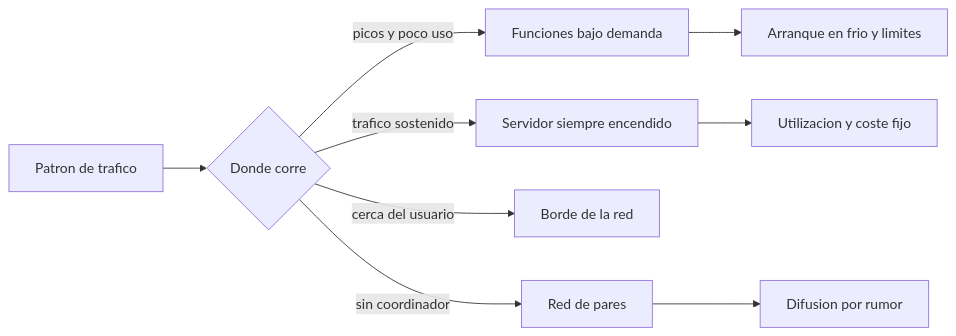
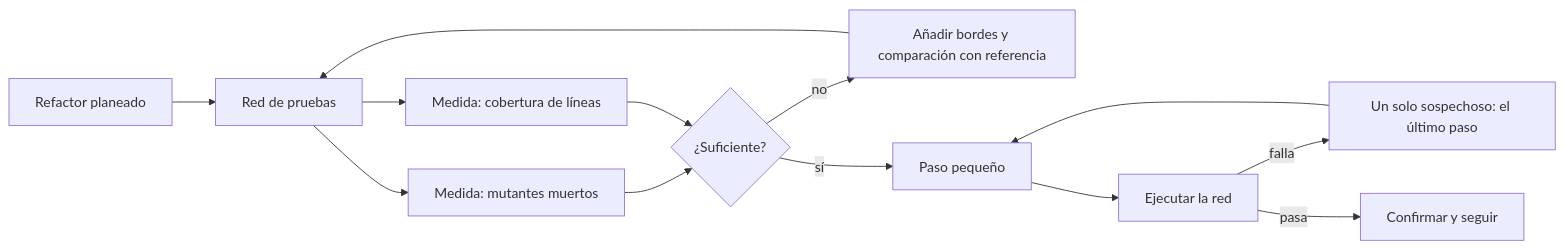
One commit to vladimiracunadev-create/modern-software-engineering-program changed the diagram in content/part-25/SE-307.md. Above: the diagram before and after it, drawn with Mermaid. The commit also changed other lines of this file and 5193 other files, not shown here.

````diff
--- a/content/part-25/SE-307.md
+++ b/content/part-25/SE-307.md
@@ -54,11 +53,15 @@
 ```mermaid
 flowchart LR
-    T[Patron de trafico] --> D{Donde corre}
-    D -->|picos y poco uso| S[Funciones bajo demanda]
-    D -->|trafico sostenido| F[Servidor siempre encendido]
-    D -->|cerca del usuario| B[Borde de la red]
-    D -->|sin coordinador| P[Red de pares]
-    S --> C[Arranque en frio y limites]
-    F --> U[Utilizacion y coste fijo]
-    P --> G[Difusion por rumor]
+    A[Refactor planeado] --> B[Red de pruebas]
+    B --> C[Medida: mutantes muertos]
+    B --> D[Medida: cobertura de líneas]
+    C --> E{¿Suficiente?}
+    D --> E
+    E -->|no| F[Añadir bordes y comparación con referencia]
+    F --> B
+    E -->|sí| G[Paso pequeño]
+    G --> H[Ejecutar la red]
+    H -->|falla| I[Un solo sospechoso: el último paso]
+    H -->|pasa| J[Confirmar y seguir]
+    I --> G
 ```
````
